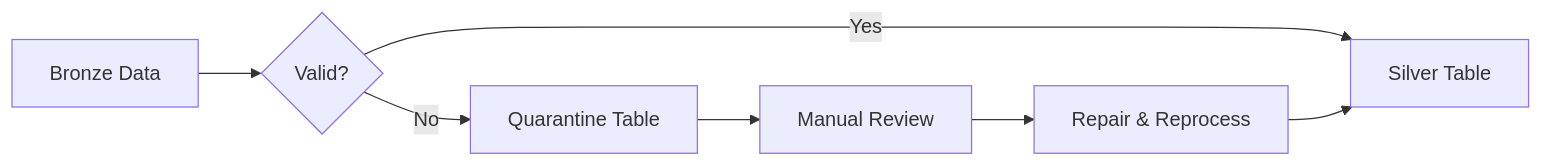
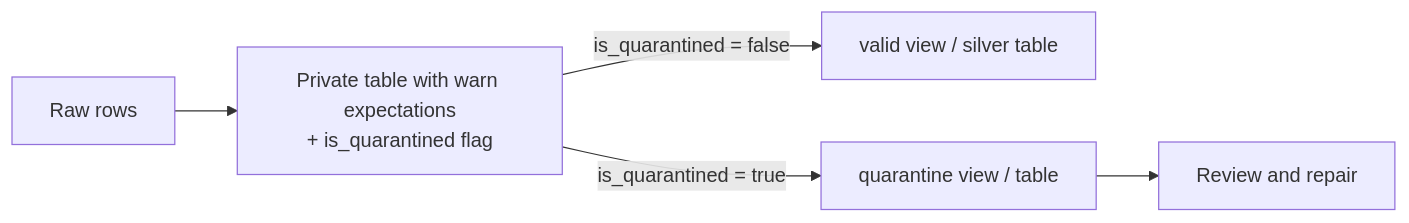
Before and after one commit to kengio/databricks-certification-study-guide: the second of 2 diagrams in certifications/data-engineer-professional/03-data-manipulation/06-expectations-data-quality.md, drawn with Mermaid. The commit also changed other lines of this file and 108 other files, not shown here.

````diff
--- a/certifications/data-engineer-professional/03-data-manipulation/06-expectations-data-quality.md
+++ b/certifications/data-engineer-professional/03-data-manipulation/06-expectations-data-quality.md
@@ -249,9 +180,7 @@
 ```mermaid
 flowchart LR
-    Bronze[Bronze Data] --> Check{Valid?}
-    Check -->|Yes| Silver[Silver Table]
-    Check -->|No| Quarantine[Quarantine Table]
-    Quarantine --> Review[Manual Review]
-    Review --> Repair[Repair & Reprocess]
-    Repair --> Silver
+    Raw[Raw rows] --> Q["Private table with warn expectations<br>+ is_quarantined flag"]
+    Q -->|is_quarantined = false| Valid[valid view / silver table]
+    Q -->|is_quarantined = true| Bad[quarantine view / table]
+    Bad --> Review[Review and repair]
 ```
````
